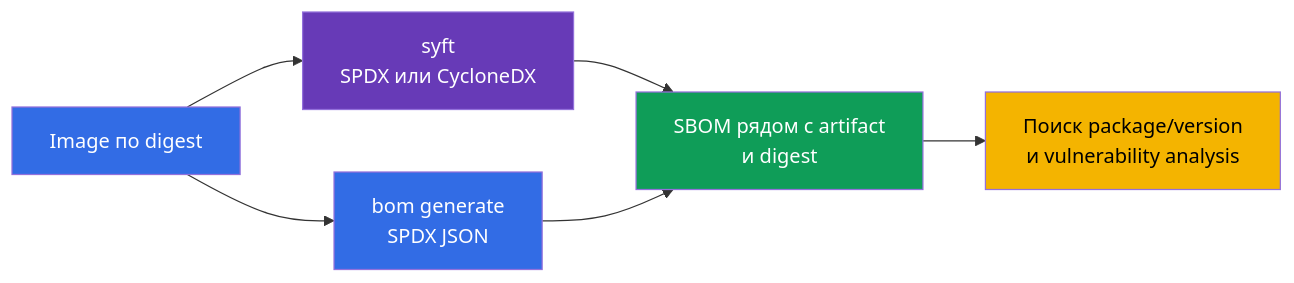
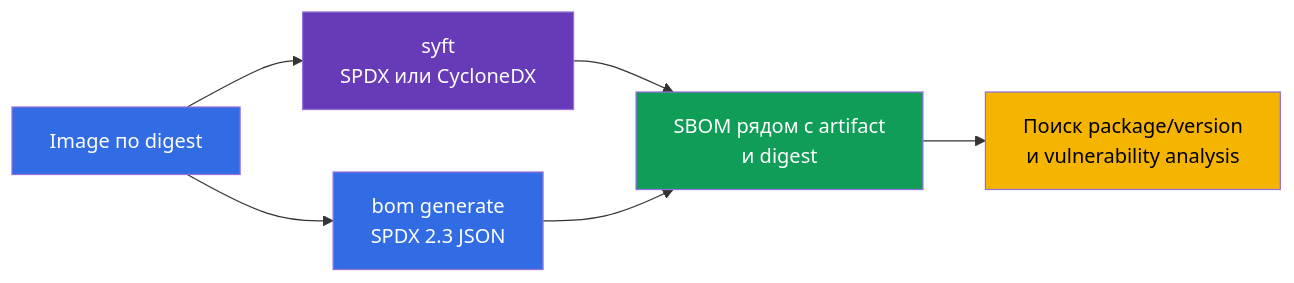
Before and after one commit to ViktorUJ/cks: the second of 4 diagrams in tasks/cks/course/25/ru.md, drawn with Mermaid. The commit also changed other lines of this file and 81 other files, not shown here.

````diff
--- a/tasks/cks/course/25/ru.md
+++ b/tasks/cks/course/25/ru.md
@@ -191,13 +199,13 @@
 ```mermaid
 flowchart LR
     image["Image по digest"] --> syft["syft\nSPDX или CycloneDX"]
-    image --> bom["bom generate\nSPDX JSON"]
+    image --> bom["bom generate\nSPDX 2.3 JSON"]
     syft --> store["SBOM рядом с artifact\nи digest"]
     bom --> store
     store --> query["Поиск package/version\nи vulnerability analysis"]
     style image fill:#326ce5,color:#fff
     style syft fill:#673ab7,color:#fff
     style bom fill:#326ce5,color:#fff
     style store fill:#0f9d58,color:#fff
     style query fill:#f4b400,color:#000
 ```
````
